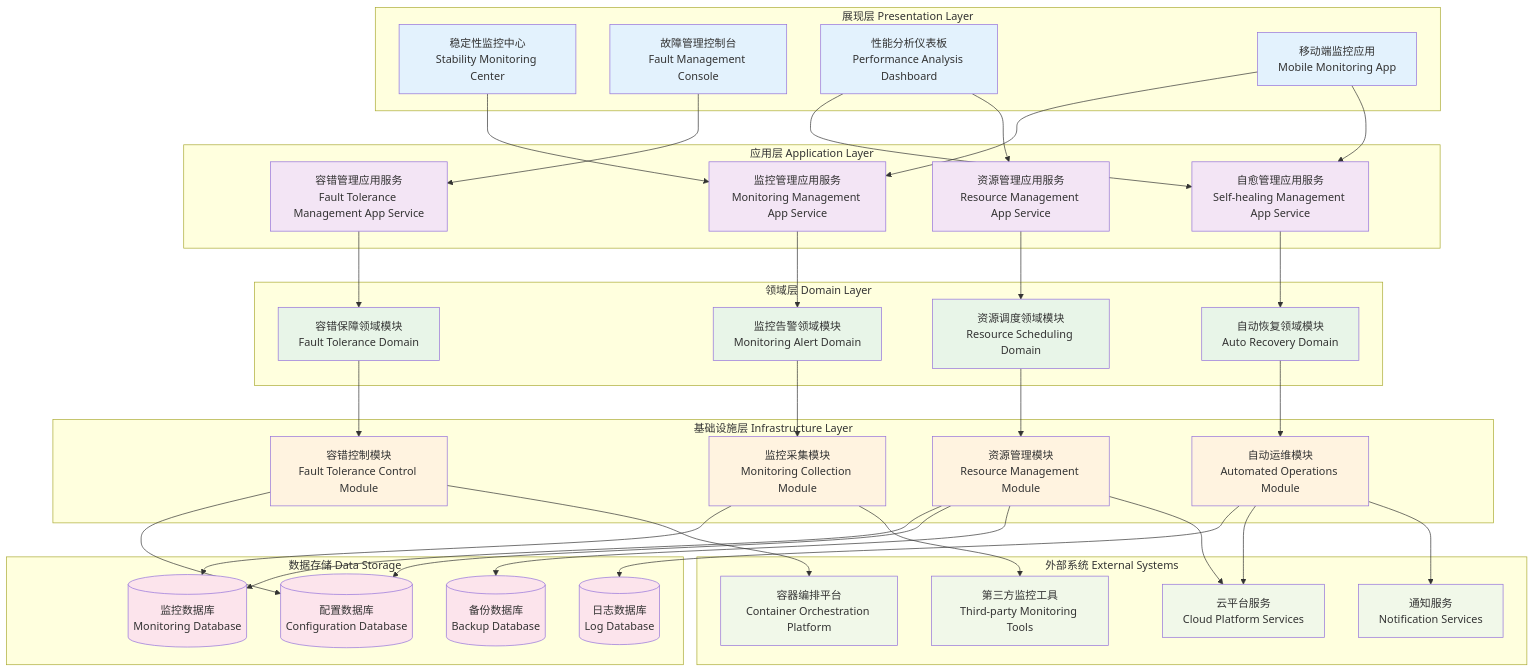
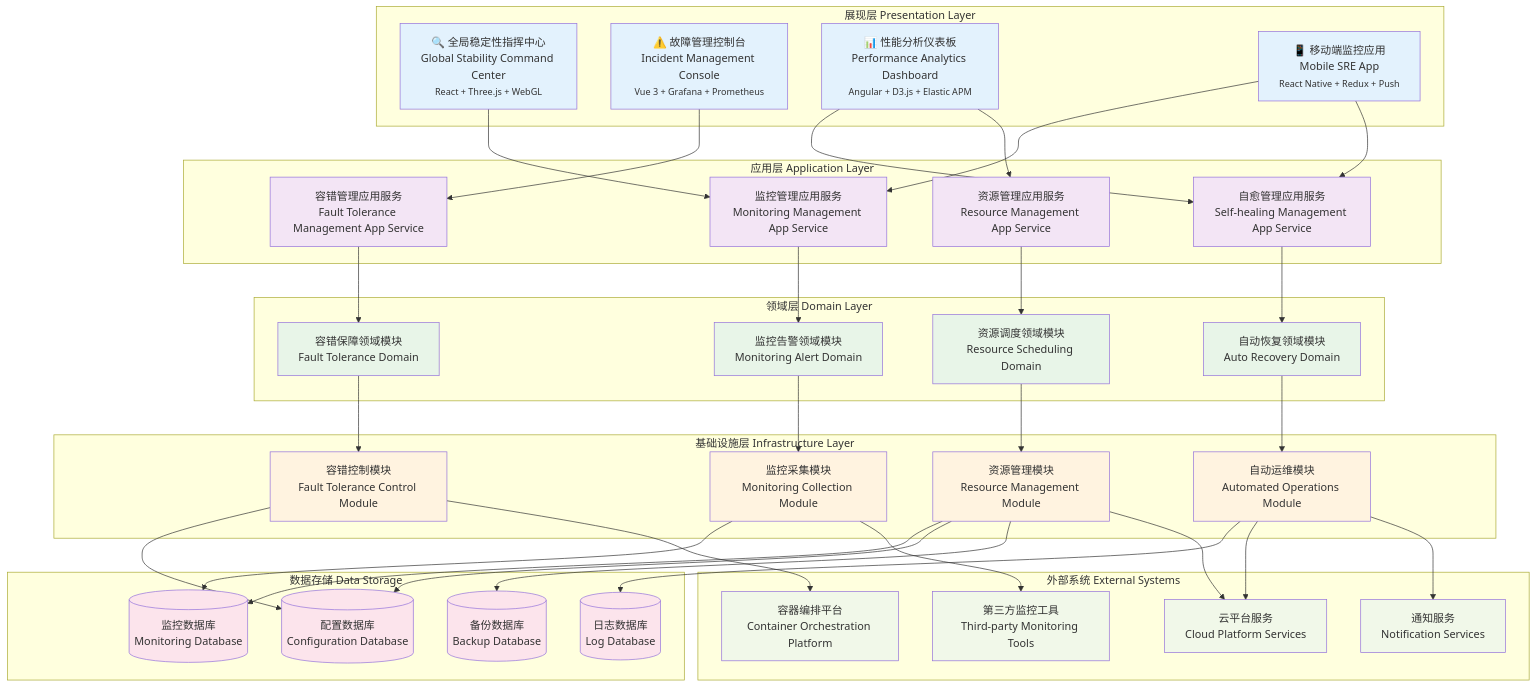
One commit to xsl625/- changed the diagram in 24.2.8_stability_improvement_architecture.md. Above: the diagram before and after it, drawn with Mermaid. The commit also changed other lines of this file and 9 other files, not shown here.

Commit message:
Enhance architecture docs with detailed technical insights and modern tech stack

````diff
--- a/24.2.8_stability_improvement_architecture.md
+++ b/24.2.8_stability_improvement_architecture.md
@@ -8,10 +14,10 @@
 ```mermaid
 graph TB
     subgraph "展现层 Presentation Layer"
-        A[稳定性监控中心<br/>Stability Monitoring Center]
-        B[故障管理控制台<br/>Fault Management Console]
-        C[性能分析仪表板<br/>Performance Analysis Dashboard]
-        D[移动端监控应用<br/>Mobile Monitoring App]
+        A[🔍 全局稳定性指挥中心<br/>Global Stability Command Center<br/><small>React + Three.js + WebGL</small>]
+        B[⚠️ 故障管理控制台<br/>Incident Management Console<br/><small>Vue 3 + Grafana + Prometheus</small>]
+        C[📊 性能分析仪表板<br/>Performance Analytics Dashboard<br/><small>Angular + D3.js + Elastic APM</small>]
+        D[📱 移动端监控应用<br/>Mobile SRE App<br/><small>React Native + Redux + Push</small>]
     end
     
     subgraph "应用层 Application Layer"
````
